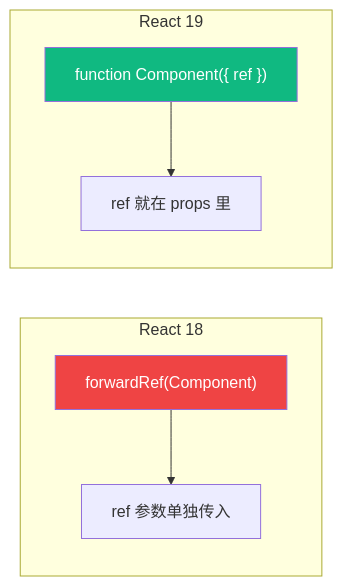
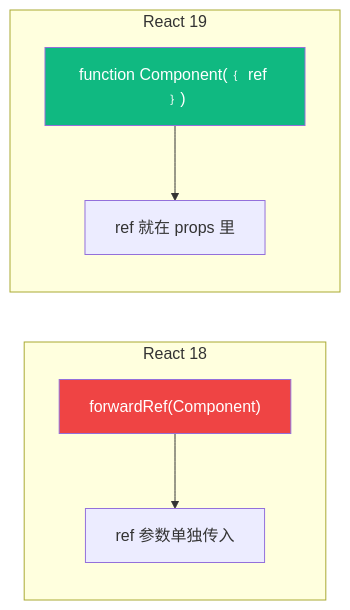
The diagram in docs/Lesson_14.md (boltguo/react_learn), drawn with Mermaid before and after one commit. The commit also changed other lines of this file and 36 other files, not shown here.

````diff
--- a/docs/Lesson_14.md
+++ b/docs/Lesson_14.md
@@ -314,13 +313,13 @@
 ```mermaid
 flowchart LR
     subgraph "React 18"
         A["forwardRef(Component)"] --> B["ref 参数单独传入"]
     end
     
     subgraph "React 19"
-        C["function Component({ ref })"] --> D["ref 就在 props 里"]
+        C["function Component(﹛ ref ﹜)"] --> D["ref 就在 props 里"]
     end
     
     style A fill:#ef4444,color:#fff
     style C fill:#10b981,color:#fff
 ```
````
